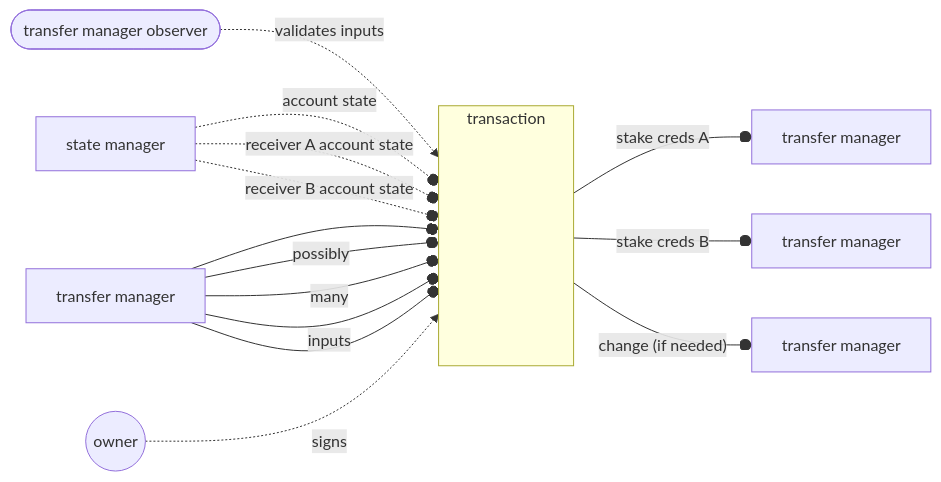
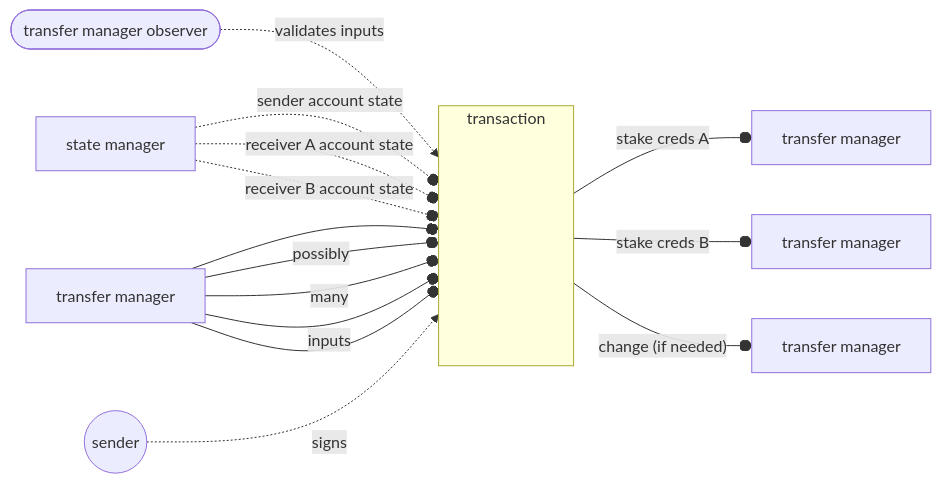
The seventh of 7 diagrams in CIP-meta-assets (ERC20-like assets)/README.md (cardano-foundation/CIPs), drawn with Mermaid before and after one commit. The commit also changed other lines of this file, not shown here.

Commit message:
owner -> sender

````diff
--- a/CIP-meta-assets (ERC20-like assets)/README.md
+++ b/CIP-meta-assets (ERC20-like assets)/README.md
@@ -375,40 +377,40 @@
 ```mermaid
 flowchart LR
     transferManagerObserver([transfer manager observer])
     stateManagerContract[state manager]
     transferManagerContract[transfer manager]
 
-    owner((owner))
+    sender((sender))
 
     A[transfer manager]
     B[transfer manager]
     same[transfer manager]
 
     subgraph transaction
         direction LR
         .[ ]
         _[ ]
         z[ ]
         style . fill:#FFFFFF00, stroke:#FFFFFF00;
         style _ fill:#FFFFFF00, stroke:#FFFFFF00;
         style z fill:#FFFFFF00, stroke:#FFFFFF00;
     end
 
     transferManagerObserver -. validates inputs .-> transaction
 
-    stateManagerContract -. account state .-o transaction
+    stateManagerContract -. sender account state .-o transaction
     stateManagerContract -. receiver A account state .-o transaction
     stateManagerContract -. receiver B account state .-o transaction
 
     transferManagerContract --o transaction
     transferManagerContract -- possibly --o transaction
     transferManagerContract -- many --o transaction
     transferManagerContract -- inputs --o transaction
     transferManagerContract --o transaction
 
-    owner -. signs .-> transaction
+    sender -. signs .-> transaction
 
     transaction -- stake creds A --o A
     transaction -- stake creds B --o B
     transaction -- change (if needed) --o same
 ```
````
